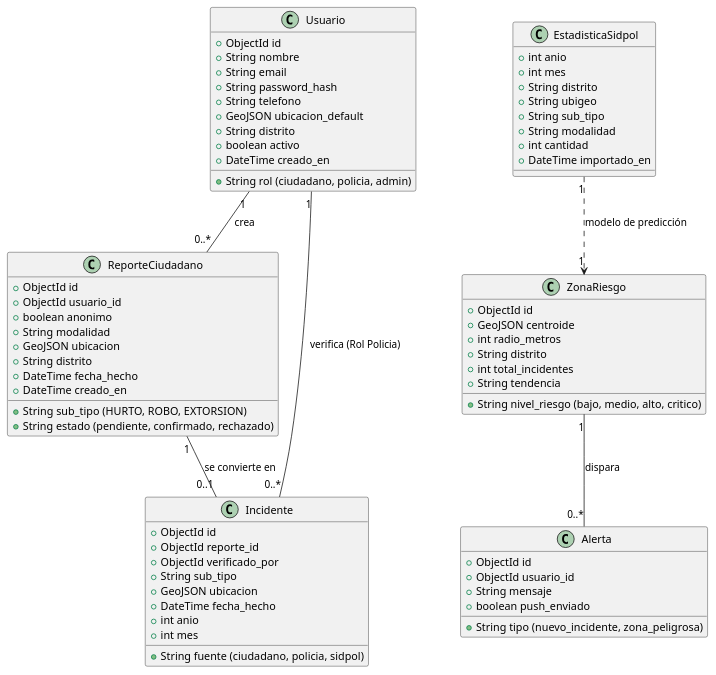
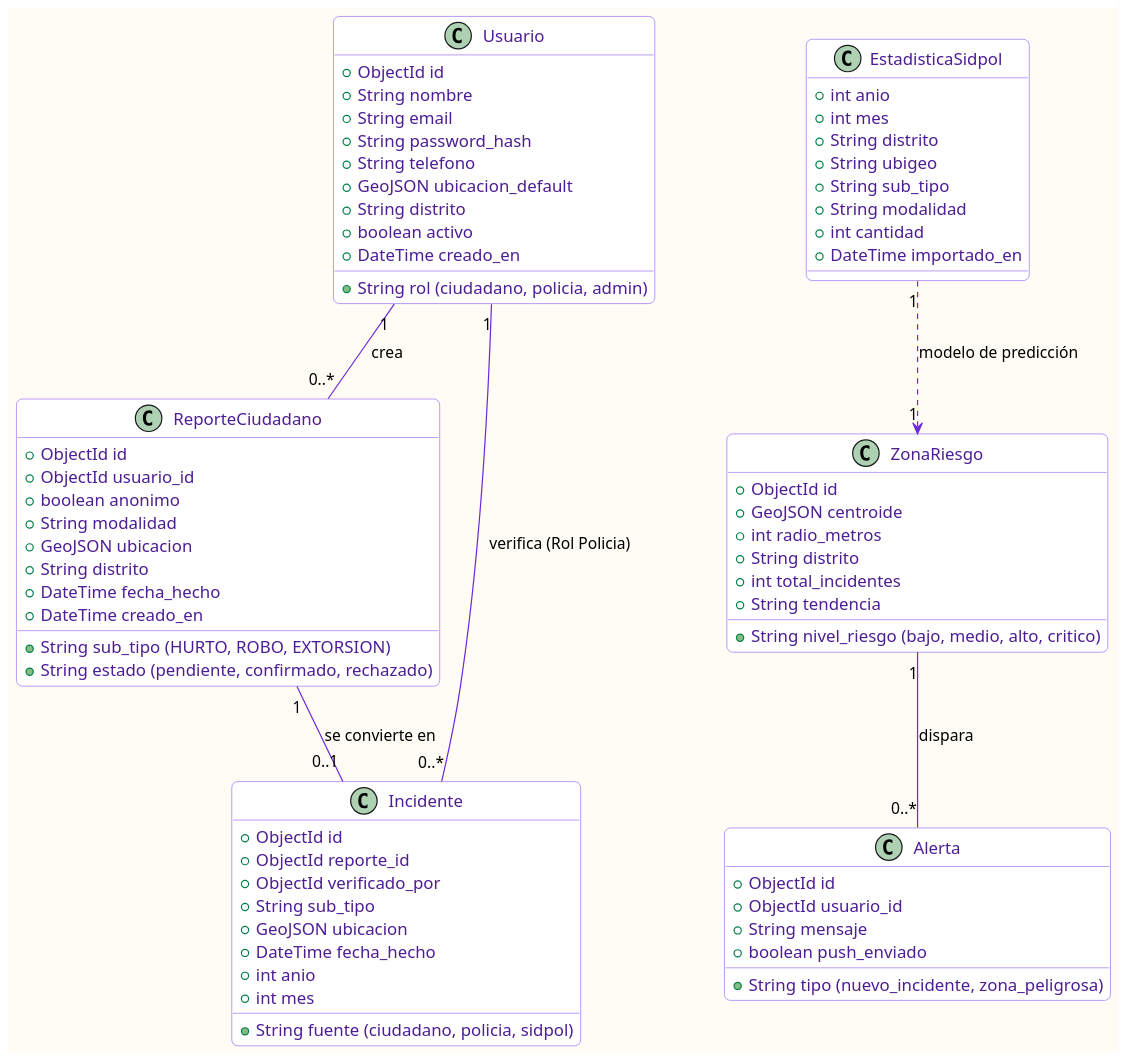
The eighth of 8 diagrams in docs/FD03-EPIS-Informe SRS de Proyecto.md (pieroalexanderppc/sgeo_pp), drawn with PlantUML before and after one commit. The commit also changed other lines of this file and 15 other files, not shown here.

````diff
--- a/docs/FD03-EPIS-Informe SRS de Proyecto.md
+++ b/docs/FD03-EPIS-Informe SRS de Proyecto.md
@@ -344,5 +431,19 @@
 ```plantuml
 @startuml
+skinparam shadowing false
+skinparam roundcorner 10
+skinparam dpi 150
+skinparam defaultFontName Segoe UI
+skinparam backgroundColor #FFFBF5
+skinparam ArrowColor #6D28D9
+skinparam ClassBackgroundColor #FFFFFF
+skinparam ClassBorderColor #8B5CF6
+skinparam ClassFontColor #2E1065
+skinparam ClassAttributeFontColor #4C1D95
+skinparam ClassStereotypeFontColor #6D28D9
+skinparam PackageBackgroundColor #F3E8FF
+skinparam PackageBorderColor #7C3AED
+
 class Usuario {
   +ObjectId id
   +String nombre
````
